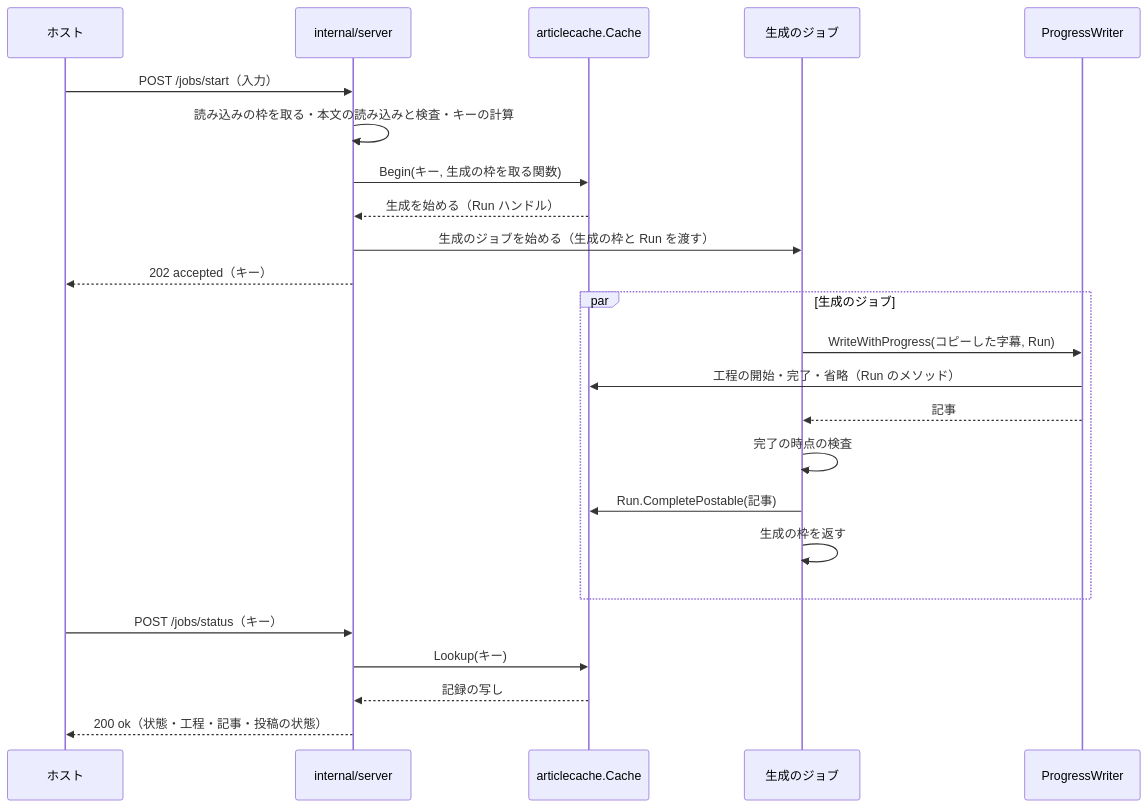
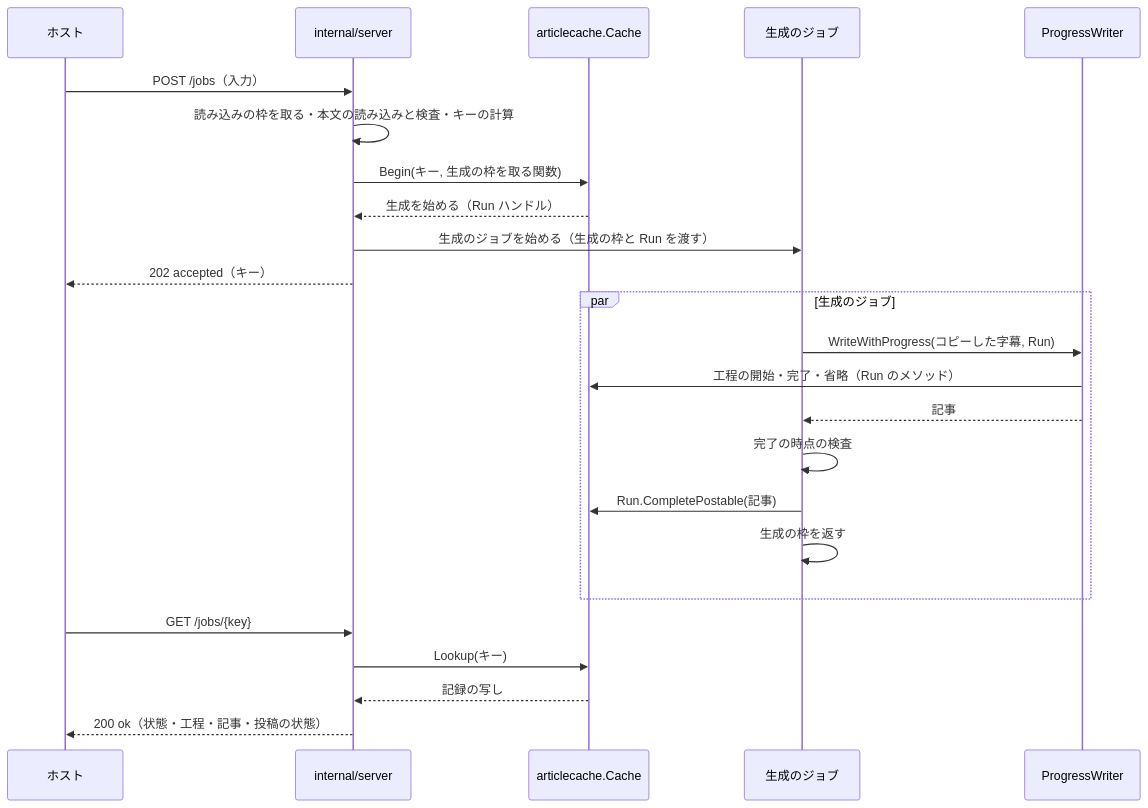
The fifth of 15 diagrams in docs/tasks/0044_article_job_api/02_architecture.md (isseis/yt2column), drawn with Mermaid before and after one commit. The commit also changed other lines of this file, not shown here.

First line of the commit message:
docs(0044): use GET /jobs/{key} and a key in the path for the new API

````diff
--- a/docs/tasks/0044_article_job_api/02_architecture.md
+++ b/docs/tasks/0044_article_job_api/02_architecture.md
@@ -225,27 +225,27 @@
 ```mermaid
 sequenceDiagram
     participant H as ホスト
     participant S as internal/server
     participant C as articlecache.Cache
     participant J as 生成のジョブ
     participant W as ProgressWriter
 
-    H->>S: POST /jobs/start（入力）
+    H->>S: POST /jobs（入力）
     S->>S: 読み込みの枠を取る・本文の読み込みと検査・キーの計算
     S->>C: Begin(キー, 生成の枠を取る関数)
     C-->>S: 生成を始める（Run ハンドル）
     S->>J: 生成のジョブを始める（生成の枠と Run を渡す）
     S-->>H: 202 accepted（キー）
     par 生成のジョブ
         J->>W: WriteWithProgress(コピーした字幕, Run)
         W->>C: 工程の開始・完了・省略（Run のメソッド）
         W-->>J: 記事
         J->>J: 完了の時点の検査
         J->>C: Run.CompletePostable(記事)
         J->>J: 生成の枠を返す
     end
-    H->>S: POST /jobs/status（キー）
+    H->>S: GET /jobs/{key}
     S->>C: Lookup(キー)
     C-->>S: 記録の写し
     S-->>H: 200 ok（状態・工程・記事・投稿の状態）
 ```
````
